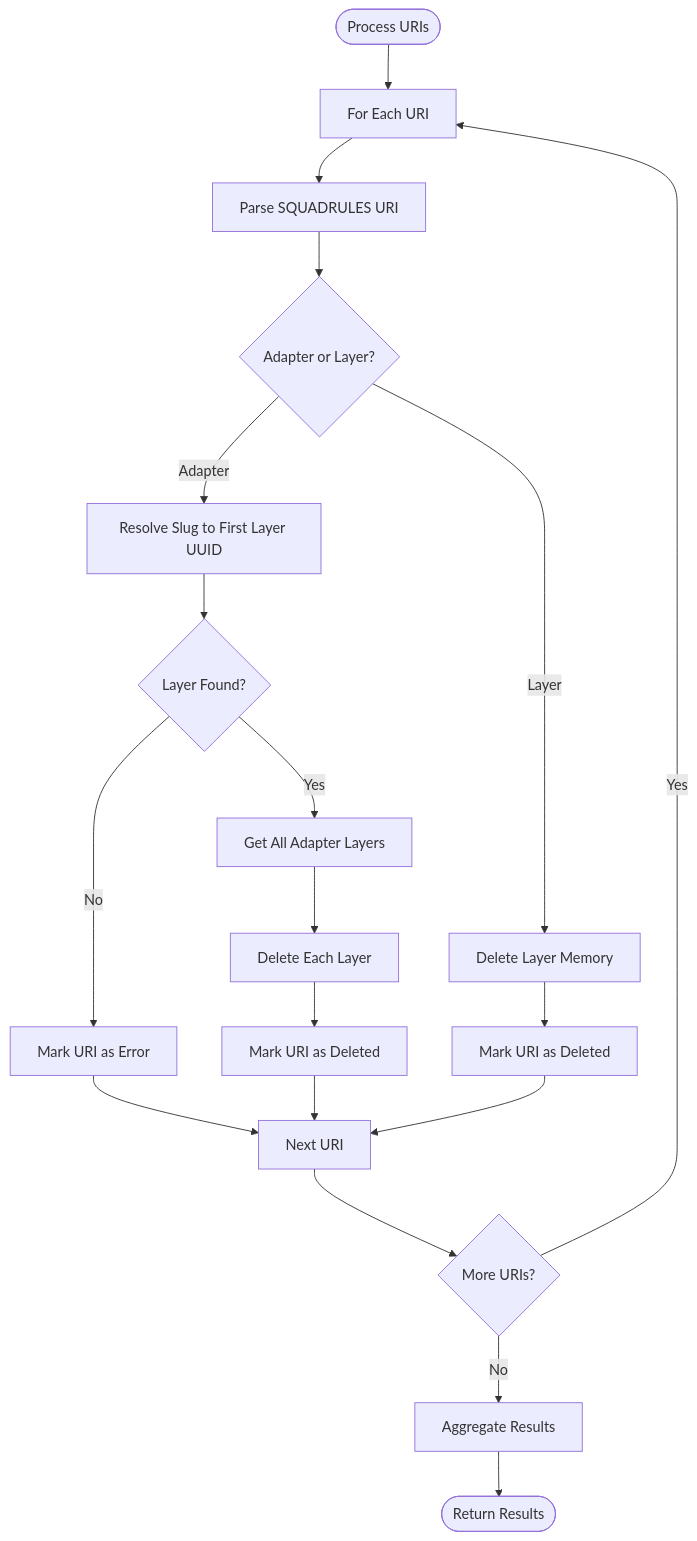
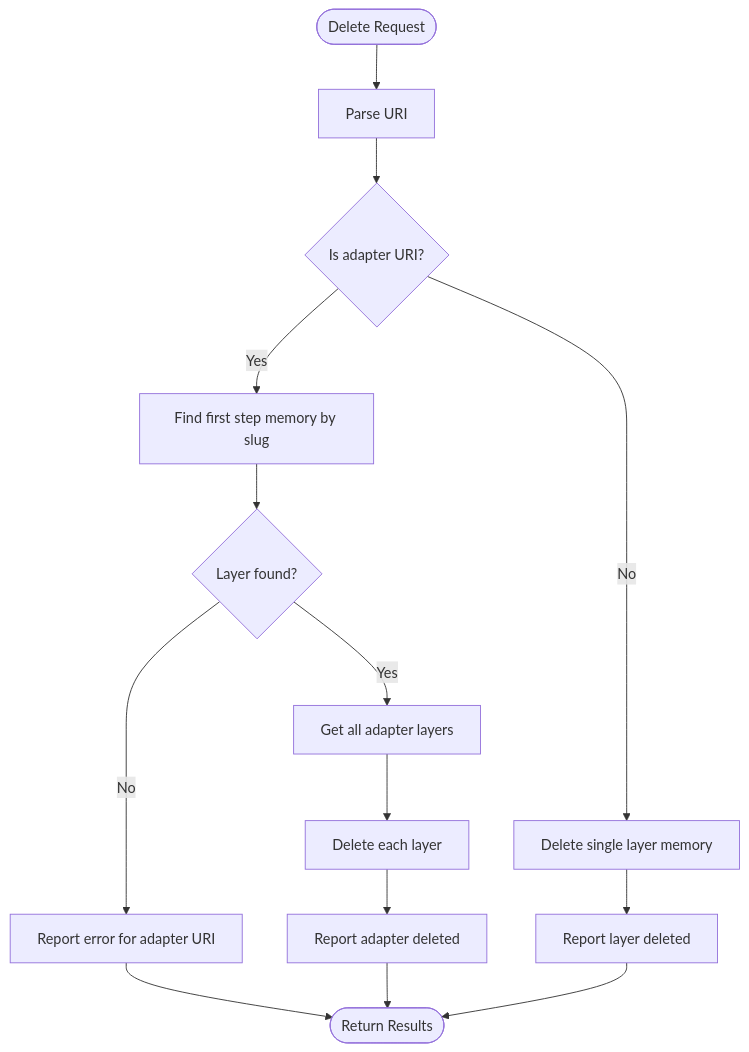
Before and after one commit to SquadRules/mcp: the third of 4 diagrams in .qoder/repowiki/en/content/MCP Tools Reference/Delete Tool.md, drawn with Mermaid. The commit also changed other lines of this file and 553 other files, not shown here.

````diff
--- a/.qoder/repowiki/en/content/MCP Tools Reference/Delete Tool.md
+++ b/.qoder/repowiki/en/content/MCP Tools Reference/Delete Tool.md
@@ -173,21 +199,16 @@
 ```mermaid
 flowchart TD
-Start(["Process URIs"]) --> ForEach["For Each URI"]
-ForEach --> Parse["Parse SQUADRULES URI"]
-Parse --> Kind{"Adapter or Layer?"}
-Kind --> |Adapter| ResolveSlug["Resolve Slug to First Layer UUID"]
-ResolveSlug --> Found{"Layer Found?"}
-Found --> |No| AdapterError["Mark URI as Error"]
-Found --> |Yes| GetLayers["Get All Adapter Layers"]
-GetLayers --> DeleteLayers["Delete Each Layer"]
-DeleteLayers --> AdapterSuccess["Mark URI as Deleted"]
-Kind --> |Layer| DirectDelete["Delete Layer Memory"]
-DirectDelete --> LayerSuccess["Mark URI as Deleted"]
-AdapterError --> Next["Next URI"]
-AdapterSuccess --> Next
-LayerSuccess --> Next
-Next --> Done{"More URIs?"}
-Done --> |Yes| ForEach
-Done --> |No| Aggregate["Aggregate Results"]
-Aggregate --> End(["Return Results"])
+Start(["Delete Request"]) --> Parse["Parse URI"]
+Parse --> IsAdapter{"Is adapter URI?"}
+IsAdapter --> |Yes| FindSlug["Find first step memory by slug"]
+FindSlug --> Found{"Layer found?"}
+Found --> |No| FailAdapter["Report error for adapter URI"]
+Found --> |Yes| GetLayers["Get all adapter layers"]
+GetLayers --> DeleteLayers["Delete each layer"]
+DeleteLayers --> AdapterSuccess["Report adapter deleted"]
+IsAdapter --> |No| DeleteLayer["Delete single layer memory"]
+DeleteLayer --> LayerSuccess["Report layer deleted"]
+FailAdapter --> End(["Return Results"])
+AdapterSuccess --> End
+LayerSuccess --> End
 ```
````
